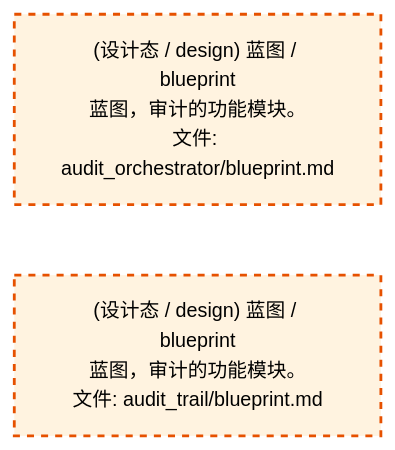
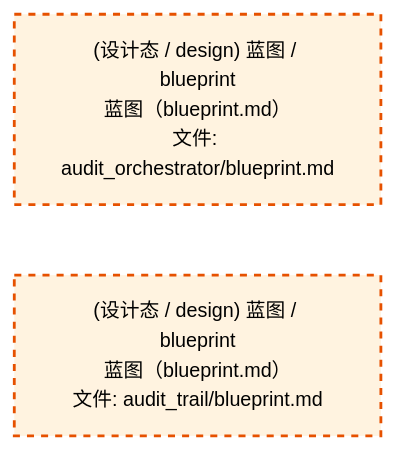
One commit to xuanFelixVan/ZephyrAlpha changed the third of 4 diagrams in docs/02_enterprise_architecture/02_domain_architecture_docs/50_d_gov_audit.md. Above: the diagram before and after it, drawn with Mermaid. The commit also changed other lines of this file and 50 other files, not shown here.

````diff
--- a/docs/02_enterprise_architecture/02_domain_architecture_docs/50_d_gov_audit.md
+++ b/docs/02_enterprise_architecture/02_domain_architecture_docs/50_d_gov_audit.md
@@ -804,12 +804,12 @@
 ```mermaid
 %%{init: {'theme': 'base', 'themeVariables': {'primaryColor': '#eaeaea', 'primaryTextColor': '#333333', 'primaryBorderColor': '#666666', 'lineColor': '#666666', 'secondaryColor': '#eaeaea', 'tertiaryColor': '#eaeaea', 'fontSize': '14px'}}}%%
 flowchart TD
-    docs_03_modules_cross_layer_audit_orchestrator_blueprint_md["(设计态 / design) 蓝图 / blueprint<br/>蓝图，审计的功能模块。<br/>文件: audit_orchestrator/blueprint.md"]
-    docs_03_modules_domain_governance_audit_trail_blueprint_md["(设计态 / design) 蓝图 / blueprint<br/>蓝图，审计的功能模块。<br/>文件: audit_trail/blueprint.md"]
+    docs_03_modules_cross_layer_audit_orchestrator_blueprint_md["(设计态 / design) 蓝图 / blueprint<br/>蓝图（blueprint.md）<br/>文件: audit_orchestrator/blueprint.md"]
+    docs_03_modules_domain_governance_audit_trail_blueprint_md["(设计态 / design) 蓝图 / blueprint<br/>蓝图（blueprint.md）<br/>文件: audit_trail/blueprint.md"]
     docs_03_modules_cross_layer_audit_orchestrator_blueprint_md ~~~ docs_03_modules_domain_governance_audit_trail_blueprint_md
     classDef production fill:#e1f5fe,stroke:#01579b,stroke-width:2px,color:#000
     classDef design fill:#fff3e0,stroke:#e65100,stroke-width:2px,color:#000,stroke-dasharray: 5 5
     classDef external_prod fill:#e8f4fd,stroke:#0277bd,stroke-width:1px,color:#000
     classDef external_design fill:#fff8e7,stroke:#ef6c00,stroke-width:1px,color:#000,stroke-dasharray: 5 5
     class docs_03_modules_cross_layer_audit_orchestrator_blueprint_md,docs_03_modules_domain_governance_audit_trail_blueprint_md design
 ```
````
